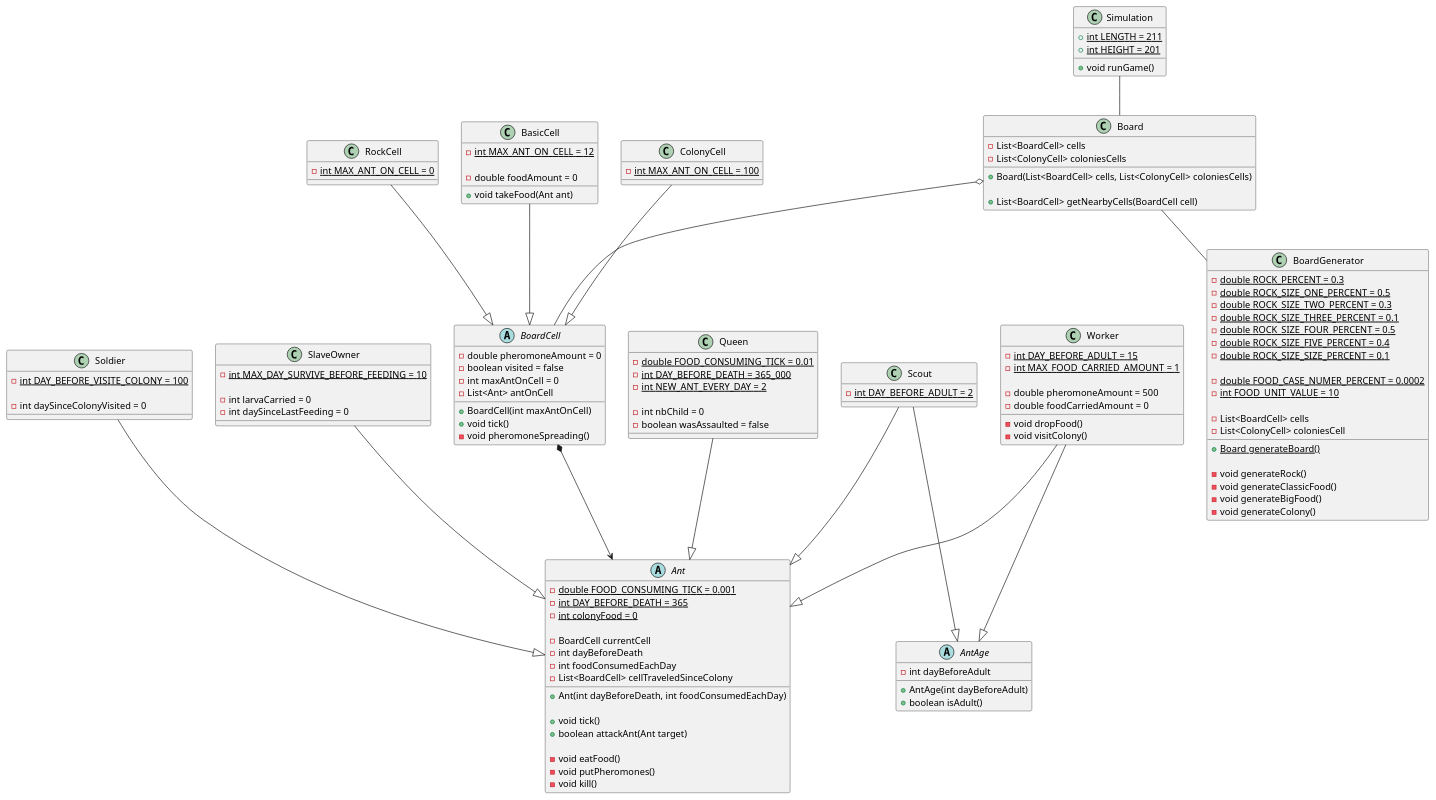
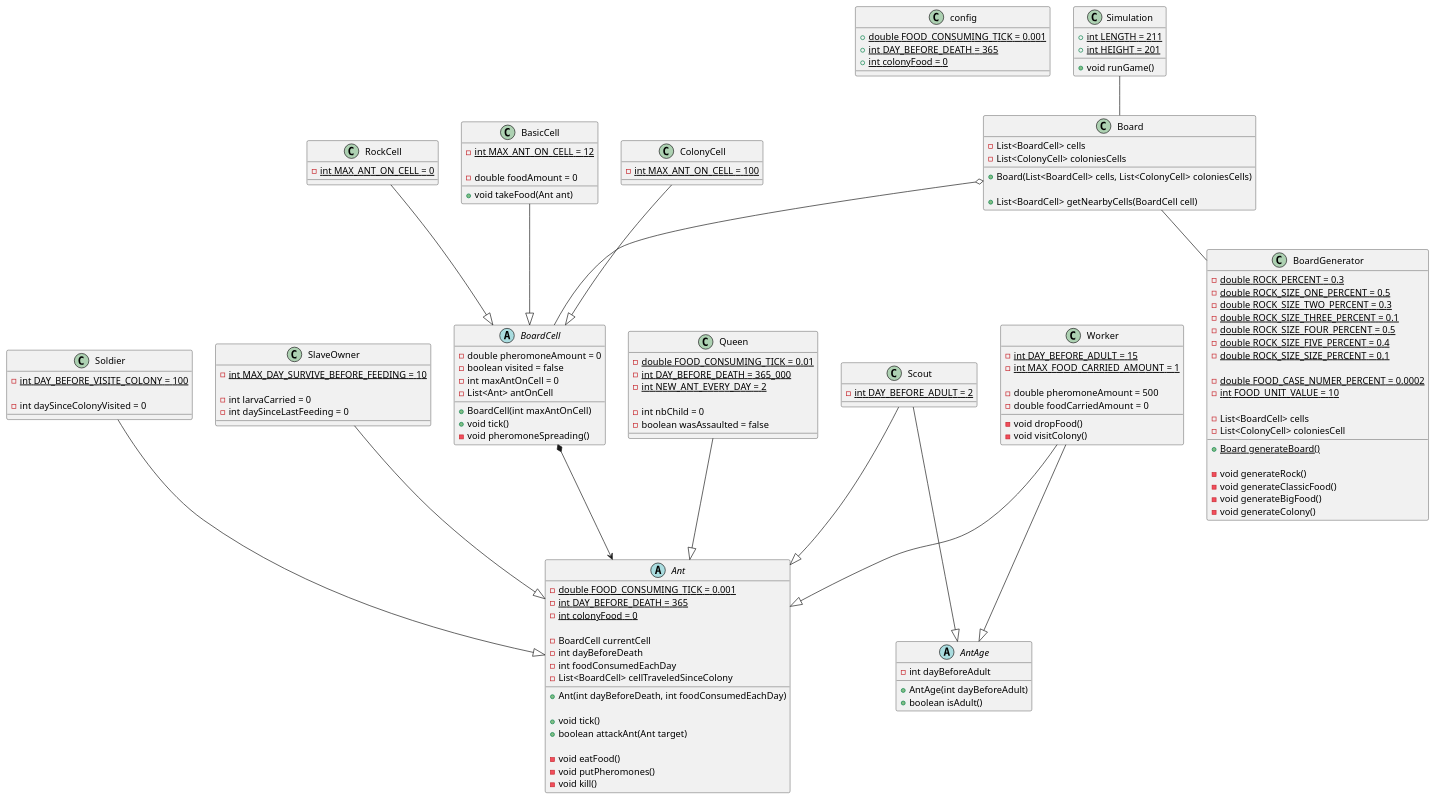
One commit to AntoninHuaut/aledlesfourmis changed the diagram in Doc/class_diagram.puml. Above: the diagram before and after it, drawn with PlantUML. The commit also changed 4 other files, not shown here.

```diff
--- a/Doc/class_diagram.puml
+++ b/Doc/class_diagram.puml
@@ -1,153 +1,159 @@
 @startuml Ant
+
+class config {
+    + {static} double FOOD_CONSUMING_TICK = 0.001
+    + {static} int DAY_BEFORE_DEATH = 365
+    + {static} int colonyFood = 0
+}
 
 abstract class Ant {
     - {static} double FOOD_CONSUMING_TICK = 0.001
     - {static} int DAY_BEFORE_DEATH = 365
     - {static} int colonyFood = 0
     
     - BoardCell currentCell
     - int dayBeforeDeath
     - int foodConsumedEachDay
     - List<BoardCell> cellTraveledSinceColony
     
     + Ant(int dayBeforeDeath, int foodConsumedEachDay)
 
     + void tick()
     + boolean attackAnt(Ant target)
 
     - void eatFood()
     - void putPheromones()
     - void kill()
 }
 
 class Queen {
     - {static} double FOOD_CONSUMING_TICK = 0.01
     - {static} int DAY_BEFORE_DEATH = 365_000
     - {static} int NEW_ANT_EVERY_DAY = 2
 
     - int nbChild = 0
     - boolean wasAssaulted = false
 }
 
 abstract class AntAge {
     + AntAge(int dayBeforeAdult)
 
     - int dayBeforeAdult
 
     + boolean isAdult()
 }
 
 class Worker {
     - {static} int DAY_BEFORE_ADULT = 15
     - {static} int MAX_FOOD_CARRIED_AMOUNT = 1
 
     - double pheromoneAmount = 500
     - double foodCarriedAmount = 0
 
     - void dropFood()
     - void visitColony()
 }
 
 class Scout {
     - {static} int DAY_BEFORE_ADULT = 2
 }
 
 class Soldier {
     - {static} int DAY_BEFORE_VISITE_COLONY = 100
 
     - int daySinceColonyVisited = 0
 }
 
 class SlaveOwner {
     - {static} int MAX_DAY_SURVIVE_BEFORE_FEEDING = 10
 
     - int larvaCarried = 0
     - int daySinceLastFeeding = 0
 }
 
 abstract class BoardCell {
     - double pheromoneAmount = 0
     - boolean visited = false
     - int maxAntOnCell = 0
     - List<Ant> antOnCell
 
     + BoardCell(int maxAntOnCell)
     + void tick()
     - void pheromoneSpreading()
 }
 
 class RockCell {
     - {static} int MAX_ANT_ON_CELL = 0
 }
 
 class BasicCell {
     - {static} int MAX_ANT_ON_CELL = 12
 
     - double foodAmount = 0
 
     + void takeFood(Ant ant)
 }
 
 class ColonyCell {
     - {static} int MAX_ANT_ON_CELL = 100
 }
 
 class Board {
     - List<BoardCell> cells
     - List<ColonyCell> coloniesCells
 
     + Board(List<BoardCell> cells, List<ColonyCell> coloniesCells)
     
     + List<BoardCell> getNearbyCells(BoardCell cell)
 }
 
 class BoardGenerator {
     - {static} double ROCK_PERCENT = 0.3
     - {static} double ROCK_SIZE_ONE_PERCENT = 0.5
     - {static} double ROCK_SIZE_TWO_PERCENT = 0.3
     - {static} double ROCK_SIZE_THREE_PERCENT = 0.1
     - {static} double ROCK_SIZE_FOUR_PERCENT = 0.5
     - {static} double ROCK_SIZE_FIVE_PERCENT = 0.4
     - {static} double ROCK_SIZE_SIZE_PERCENT = 0.1
 
     - {static} double FOOD_CASE_NUMER_PERCENT = 0.0002
     - {static} int FOOD_UNIT_VALUE = 10
 
     - List<BoardCell> cells
     - List<ColonyCell> coloniesCell
 
     + {static} Board generateBoard()
 
     - void generateRock()
     - void generateClassicFood()
     - void generateBigFood()
     - void generateColony()
 }
 
 class Simulation {
     + {static} int LENGTH = 211
     + {static} int HEIGHT = 201
 
     + void runGame()
 }
 
 RockCell --|> BoardCell
 BasicCell --|> BoardCell
 ColonyCell --|> BoardCell
 
 Simulation -- Board
 Board -- BoardGenerator
 Board o-- BoardCell
 
 BoardCell *--> Ant
 
 Worker --|> AntAge
 Scout --|> AntAge
 
 Worker --|> Ant
 Scout --|> Ant
 Soldier --|> Ant
 SlaveOwner --|> Ant
 Queen --|> Ant
 
 @enduml
```
